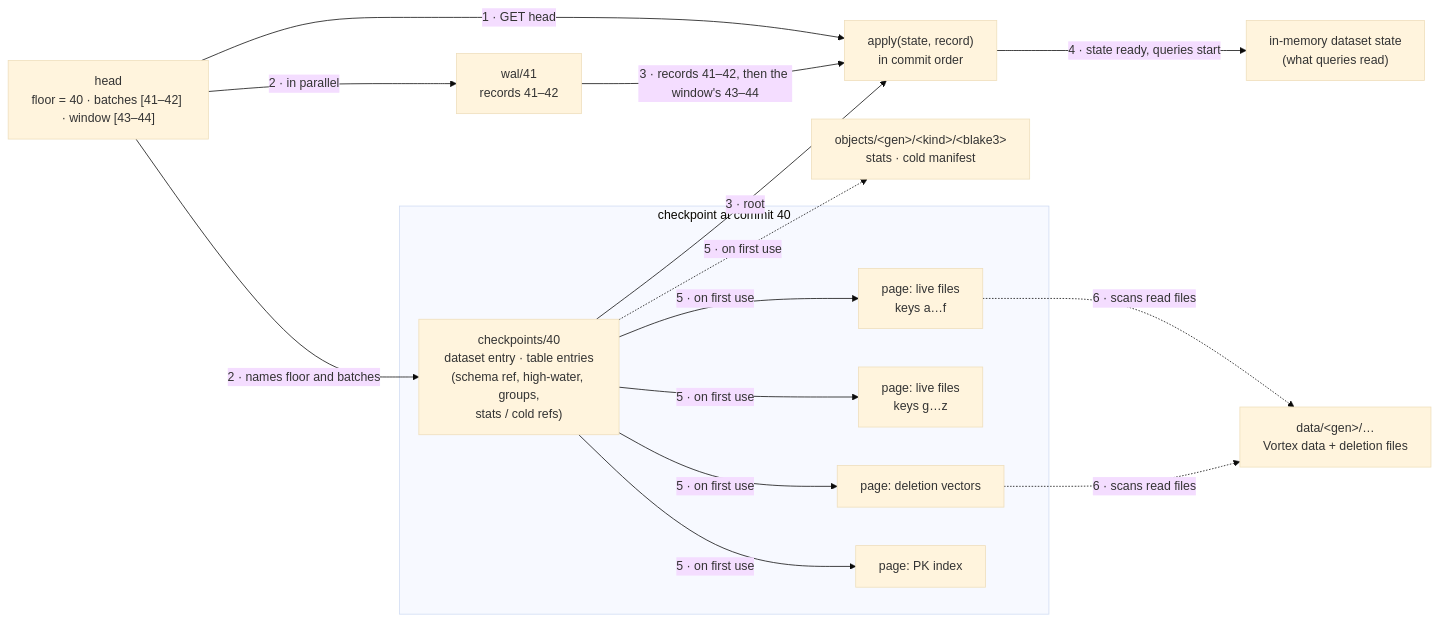
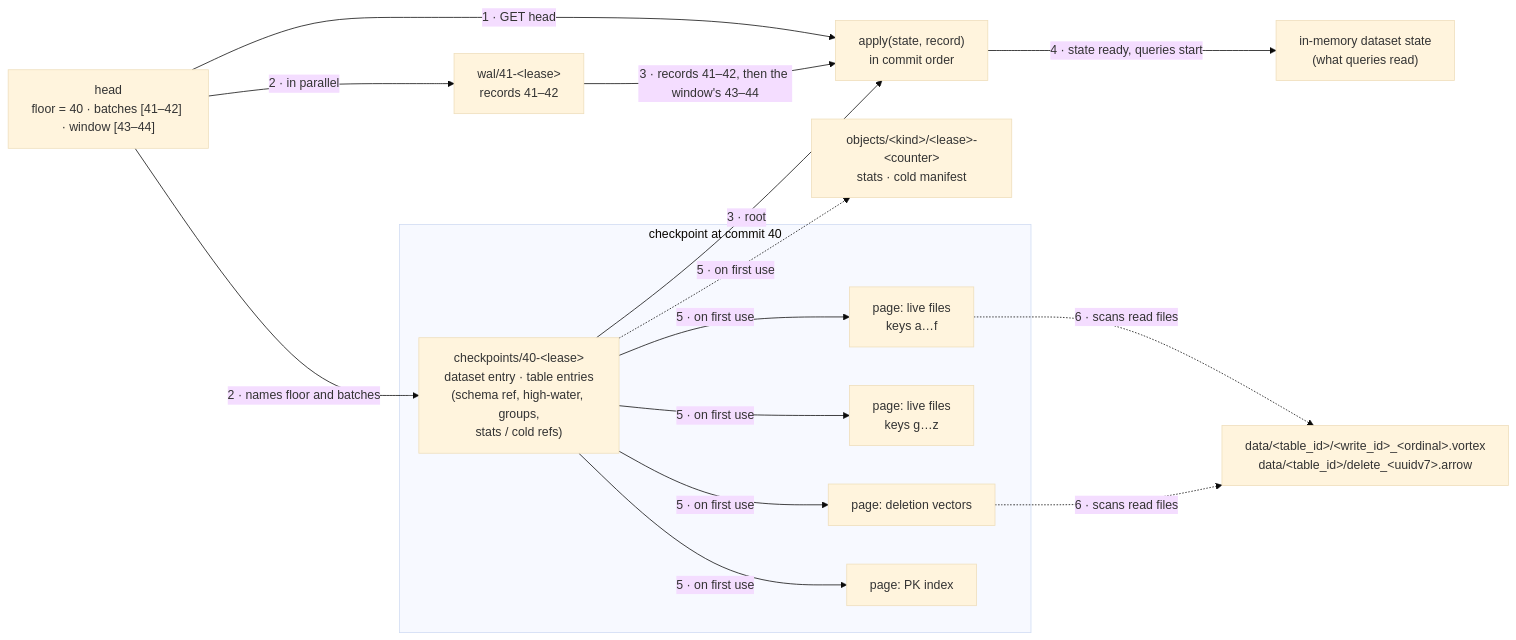
The second of 5 diagrams in docs/design/object-native-metastore-technical.md (spiceai/spiceai), drawn with Mermaid (base theme) before and after one commit. The commit also changed other lines of this file and 2 other files, not shown here.

````diff
--- a/docs/design/object-native-metastore-technical.md
+++ b/docs/design/object-native-metastore-technical.md
@@ -710,31 +417,31 @@
 ```mermaid
 flowchart LR
     HEAD["head<br/>floor = 40 · batches [41–42] · window [43–44]"]
 
     subgraph CKPT["checkpoint at commit 40"]
-        ROOT["checkpoints/40<br/>dataset entry · table entries<br/>(schema ref, high-water, groups,<br/>stats / cold refs)"]
+        ROOT["checkpoints/40-&lt;lease&gt;<br/>dataset entry · table entries<br/>(schema ref, high-water, groups,<br/>stats / cold refs)"]
         P1["page: live files<br/>keys a…f"]
         P2["page: live files<br/>keys g…z"]
         P3["page: deletion vectors"]
         P4["page: PK index"]
         ROOT -->|"5 · on first use"| P1
         ROOT -->|"5 · on first use"| P2
         ROOT -->|"5 · on first use"| P3
         ROOT -->|"5 · on first use"| P4
     end
 
-    B41["wal/41<br/>records 41–42"]
+    B41["wal/41-&lt;lease&gt;<br/>records 41–42"]
 
-    OBJ["objects/&lt;gen&gt;/&lt;kind&gt;/&lt;blake3&gt;<br/>stats · cold manifest"]
-    VX["data/&lt;gen&gt;/…<br/>Vortex data + deletion files"]
+    OBJ["objects/&lt;kind&gt;/&lt;lease&gt;-&lt;counter&gt;<br/>stats · cold manifest"]
+    VX["data/&lt;table_id&gt;/&lt;write_id&gt;_&lt;ordinal&gt;.vortex<br/>data/&lt;table_id&gt;/delete_&lt;uuidv7&gt;.arrow"]
 
     HEAD -->|"1 · GET head"| APPLY
     HEAD -->|"2 · names floor and batches"| ROOT
     HEAD -->|"2 · in parallel"| B41
     ROOT -->|"3 · root"| APPLY["apply(state, record)<br/>in commit order"]
     B41 -->|"3 · records 41–42, then the window's 43–44"| APPLY
     APPLY -->|"4 · state ready, queries start"| MEM["in-memory dataset state<br/>(what queries read)"]
     ROOT -.->|"5 · on first use"| OBJ
     P1 -.->|"6 · scans read files"| VX
     P3 -.->|"6 · scans read files"| VX
 ```
````
